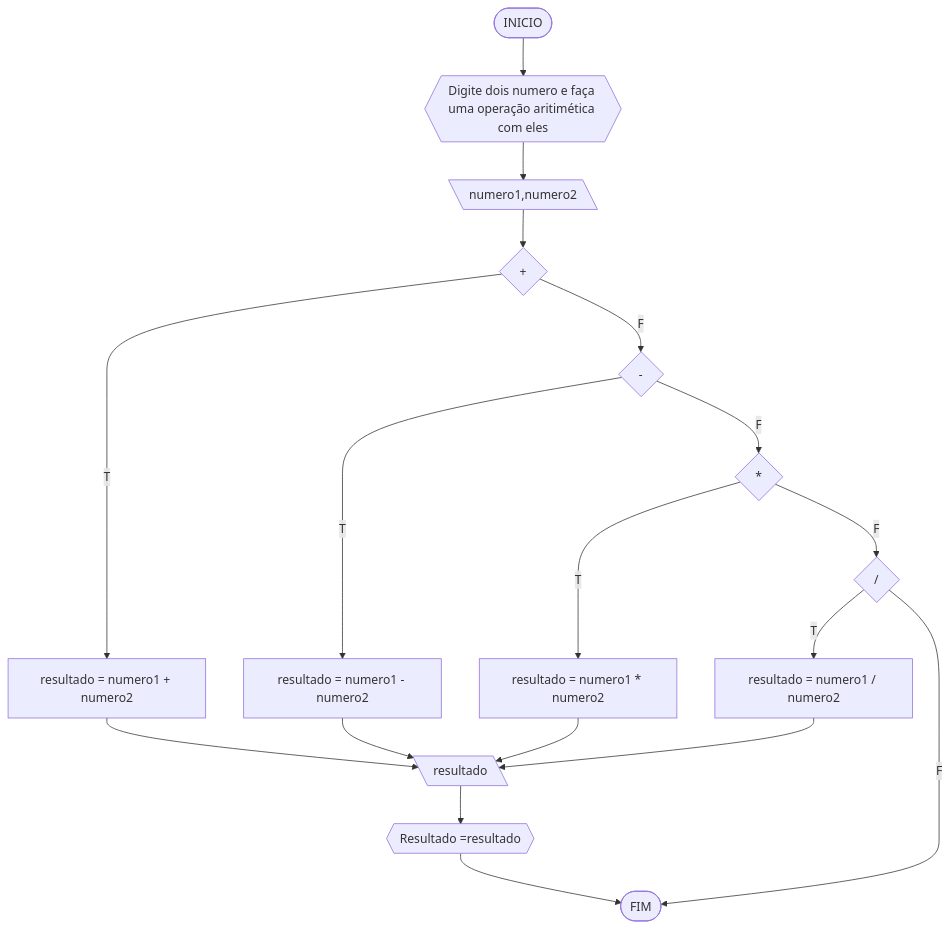
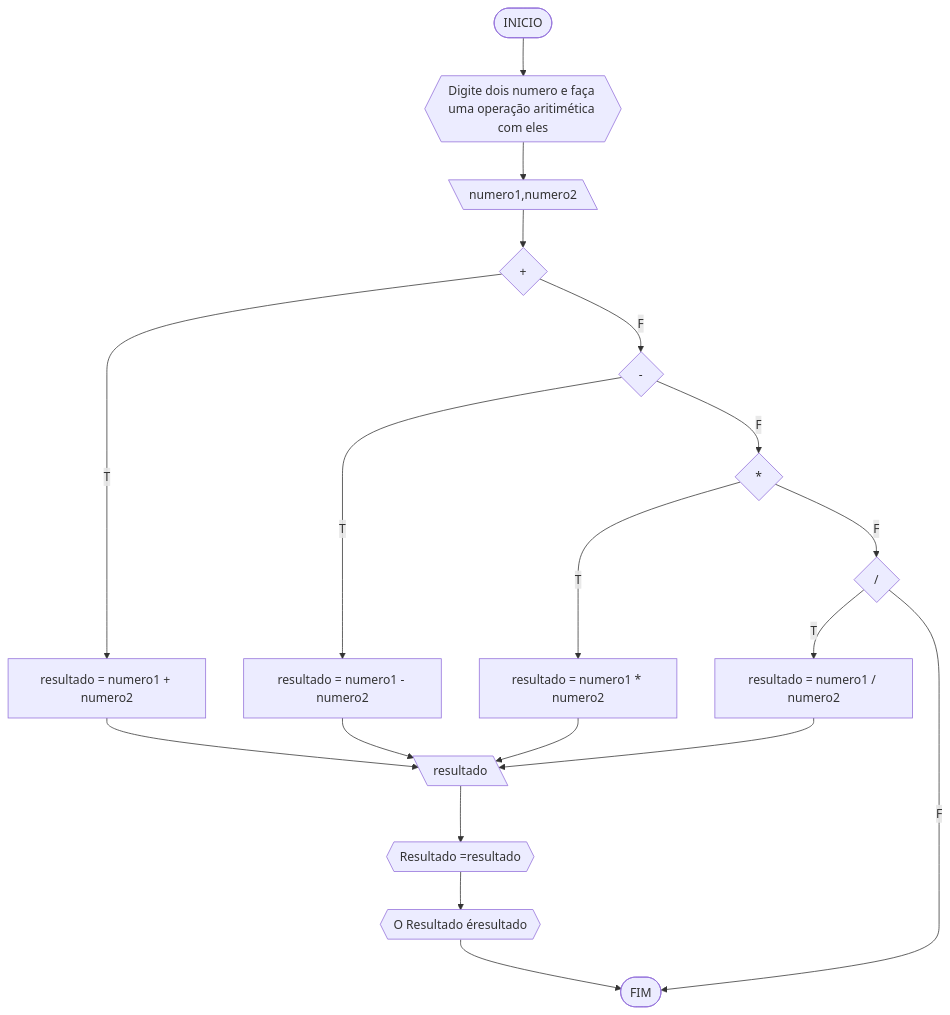
The eighth of 22 diagrams in codigos.md (MozillaFirefox/UNIFOR), drawn with Mermaid before and after one commit. The commit also changed other lines of this file, not shown here.

````diff
--- a/codigos.md
+++ b/codigos.md
@@ -346,20 +346,21 @@
 ```mermaid
 flowchart TD
 A([INICIO]) --> B{{"Digite dois numero e faça uma operação aritimética com eles"}}
 B-->C[\numero1,numero2\]
 C-->D{+}
 D--T-->E[resultado = numero1 + numero2]
 E-->F[\resultado\]
 F-->G{{"Resultado ="resultado}}
 D--F-->H{-}
 H--T-->I[resultado = numero1 - numero2]
 I-->F
 H--F-->J{*}
 J--T-->K[resultado = numero1 * numero2]
 K-->F
 J--F-->L{/}
 L--T-->M[resultado = numero1 / numero2]
 M-->F
 L--F-->N([FIM])
-G-->N
+G-->O{{"O Resultado é"resultado}}
+O-->N
 ```
````
